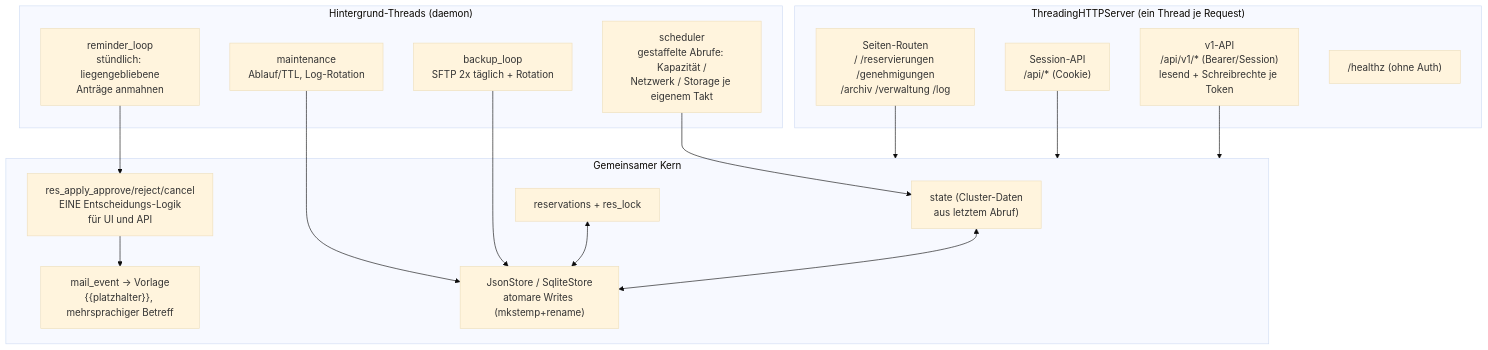
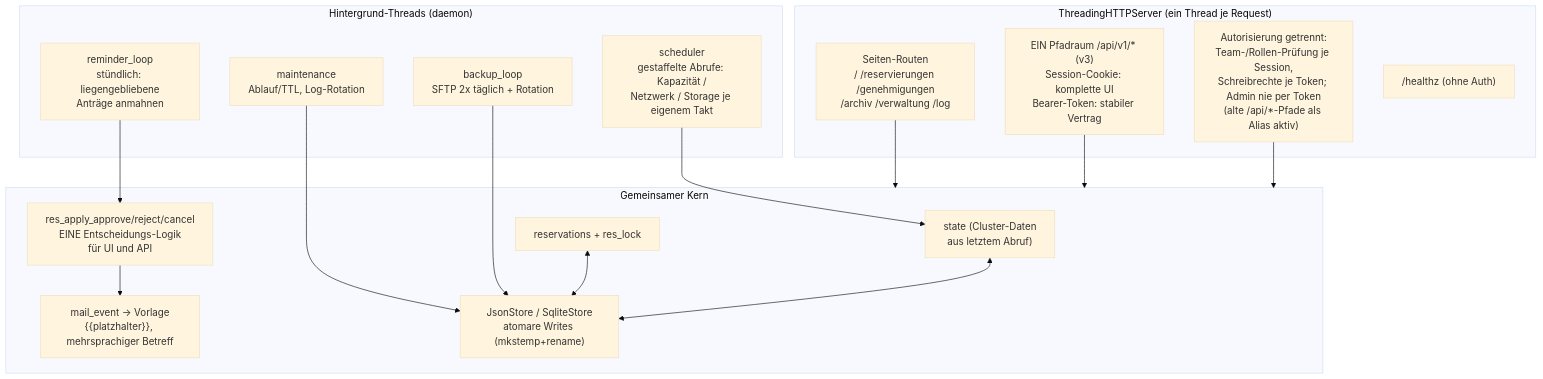
One commit to marcobockelbrink/marcobockelbrink.github.io changed the second of 6 diagrams in docs/ARCHITEKTUR.md. Above: the diagram before and after it, drawn with Mermaid (base theme). The commit also changed 13 other files, not shown here.

````diff
--- a/docs/ARCHITEKTUR.md
+++ b/docs/ARCHITEKTUR.md
@@ -68,32 +68,32 @@
 ```mermaid
 flowchart TB
     subgraph HTTP["ThreadingHTTPServer (ein Thread je Request)"]
         R1["Seiten-Routen<br/>/ /reservierungen /genehmigungen<br/>/archiv /verwaltung /log"]
-        R2["Session-API<br/>/api/* (Cookie)"]
-        R3["v1-API<br/>/api/v1/* (Bearer/Session)<br/>lesend + Schreibrechte je Token"]
+        R2["EIN Pfadraum /api/v1/* (v3)<br/>Session-Cookie: komplette UI<br/>Bearer-Token: stabiler Vertrag"]
+        R3["Autorisierung getrennt:<br/>Team-/Rollen-Prüfung je Session,<br/>Schreibrechte je Token; Admin nie per Token<br/>(alte /api/*-Pfade als Alias aktiv)"]
         R4["/healthz (ohne Auth)"]
     end
 
     subgraph BG["Hintergrund-Threads (daemon)"]
         T1["scheduler<br/>gestaffelte Abrufe: Kapazität /<br/>Netzwerk / Storage je eigenem Takt"]
         T2["maintenance<br/>Ablauf/TTL, Log-Rotation"]
         T3["backup_loop<br/>SFTP 2x täglich + Rotation"]
         T4["reminder_loop<br/>stündlich: liegengebliebene<br/>Anträge anmahnen"]
     end
 
     subgraph CORE["Gemeinsamer Kern"]
         ST["state (Cluster-Daten<br/>aus letztem Abruf)"]
         RES["reservations + res_lock"]
         DEC["res_apply_approve/reject/cancel<br/>EINE Entscheidungs-Logik<br/>für UI und API"]
         MAIL["mail_event → Vorlage<br/>{{platzhalter}}, mehrsprachiger Betreff"]
         STORE["JsonStore / SqliteStore<br/>atomare Writes (mkstemp+rename)"]
     end
 
     R1 & R2 & R3 --> CORE
     T1 --> ST
     T2 & T3 --> STORE
     T4 --> DEC
     DEC --> MAIL
     RES <--> STORE
     ST <--> STORE
 ```
````
